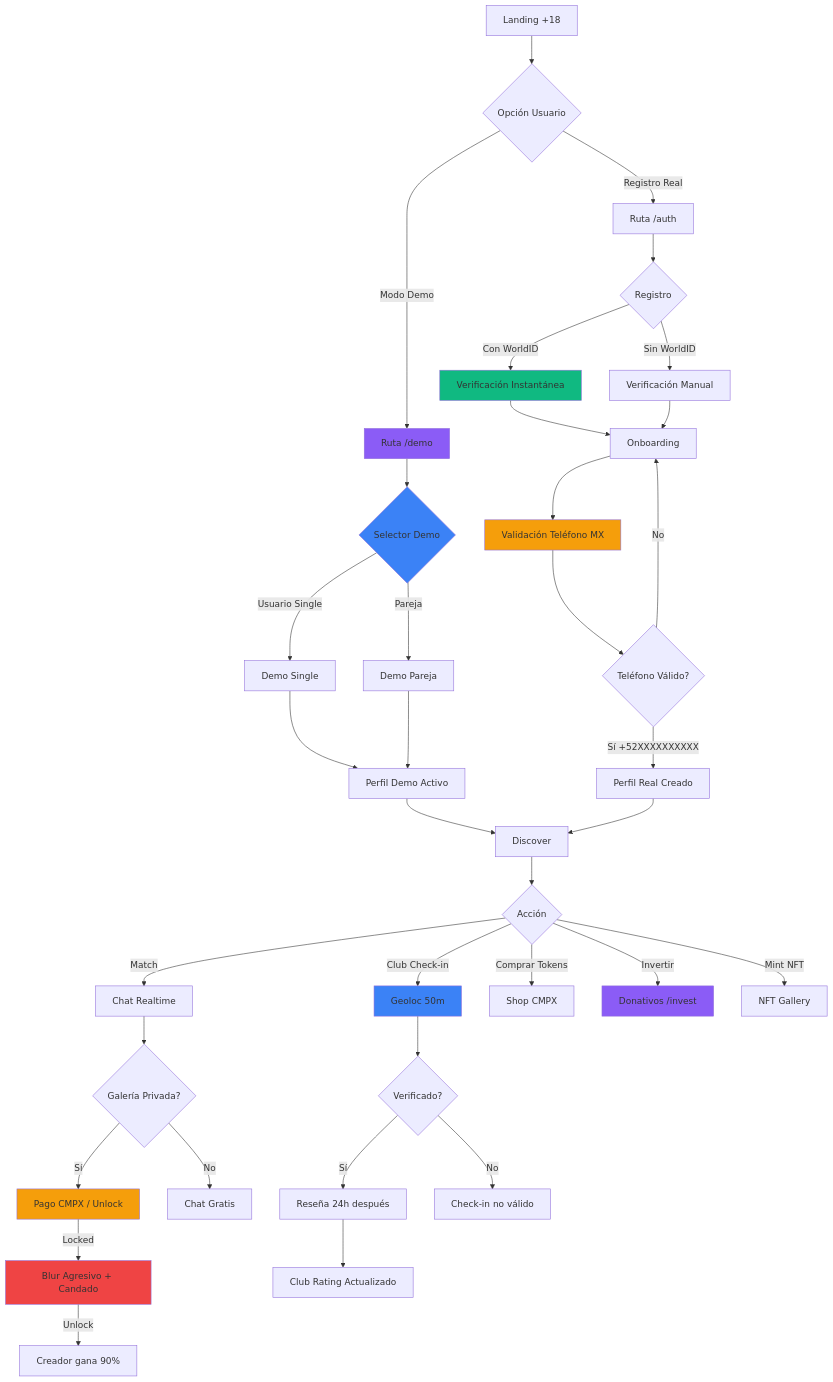
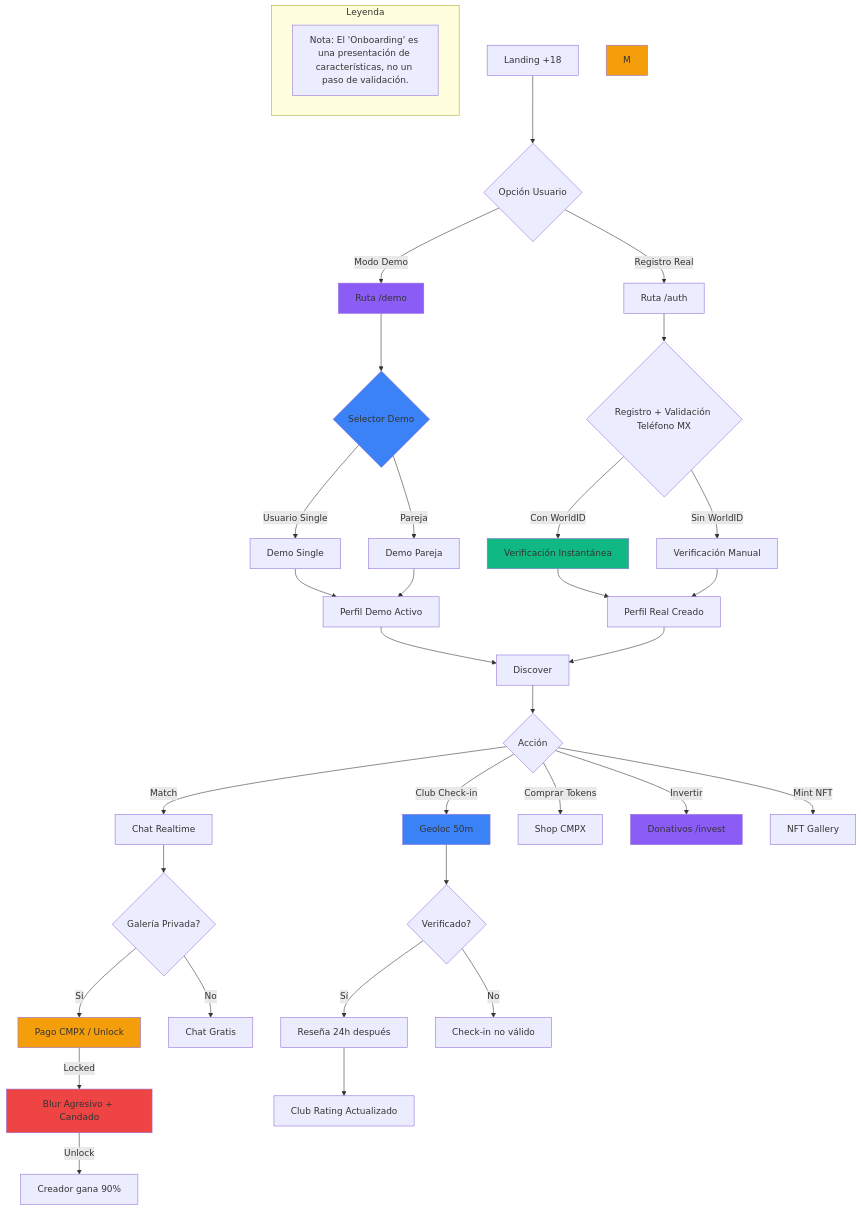
The first of 6 diagrams in DIAGRAMAS_FLUJOS_v3.5.0.md (Complicessconecta/ComplicesConecta), drawn with Mermaid before and after one commit. The commit also changed other lines of this file and 97 other files, not shown here.

````diff
--- a/DIAGRAMAS_FLUJOS_v3.5.0.md
+++ b/DIAGRAMAS_FLUJOS_v3.5.0.md
@@ -11,56 +11,56 @@
 ```mermaid
 flowchart TD
     A[Landing +18] --> B{Opción Usuario}
     B -->|Modo Demo| C[Ruta /demo]
     B -->|Registro Real| D[Ruta /auth]
     
     C --> E{Selector Demo}
     E -->|Usuario Single| F[Demo Single]
     E -->|Pareja| G[Demo Pareja]
     
     F --> H[Perfil Demo Activo]
     G --> H
     
-    D --> I{Registro}
+    D --> I{Registro + Validación Teléfono MX}
     I -->|Con WorldID| J[Verificación Instantánea]
     I -->|Sin WorldID| K[Verificación Manual]
     
-    J --> L[Onboarding]
-    K --> L
+    J --> O[Perfil Real Creado]
+    K --> O
     
-    L --> M[Validación Teléfono MX]
-    M --> N{Teléfono Válido?}
-    N -->|Sí +52XXXXXXXXXX| O[Perfil Real Creado]
-    N -->|No| L
+    subgraph Leyenda
+        direction LR
+        Note1[Nota: El 'Onboarding' es una presentación de características, no un paso de validación.]
+    end
     
     H --> P[Discover]
     O --> P
     
     P --> Q{Acción}
     Q -->|Match| R[Chat Realtime]
     Q -->|Club Check-in| S[Geoloc 50m]
     Q -->|Comprar Tokens| T[Shop CMPX]
     Q -->|Invertir| U[Donativos /invest]
     Q -->|Mint NFT| N1[NFT Gallery]
     
     S --> V{Verificado?}
     V -->|Sí| W[Reseña 24h después]
     V -->|No| X[Check-in no válido]
     
     R --> Y{Galería Privada?}
     Y -->|Sí| Z[Pago CMPX / Unlock]
     Y -->|No| AA[Chat Gratis]
     
     Z -->|Locked| BLUR[Blur Agresivo + Candado]
     BLUR -->|Unlock| AB[Creador gana 90%]
     W --> AC[Club Rating Actualizado]
     
     style C fill:#8b5cf6
     style E fill:#3b82f6
     style J fill:#10b981
     style M fill:#f59e0b
     style S fill:#3b82f6
     style Z fill:#f59e0b
     style U fill:#8b5cf6
     style BLUR fill:#ef4444
 ```
````
